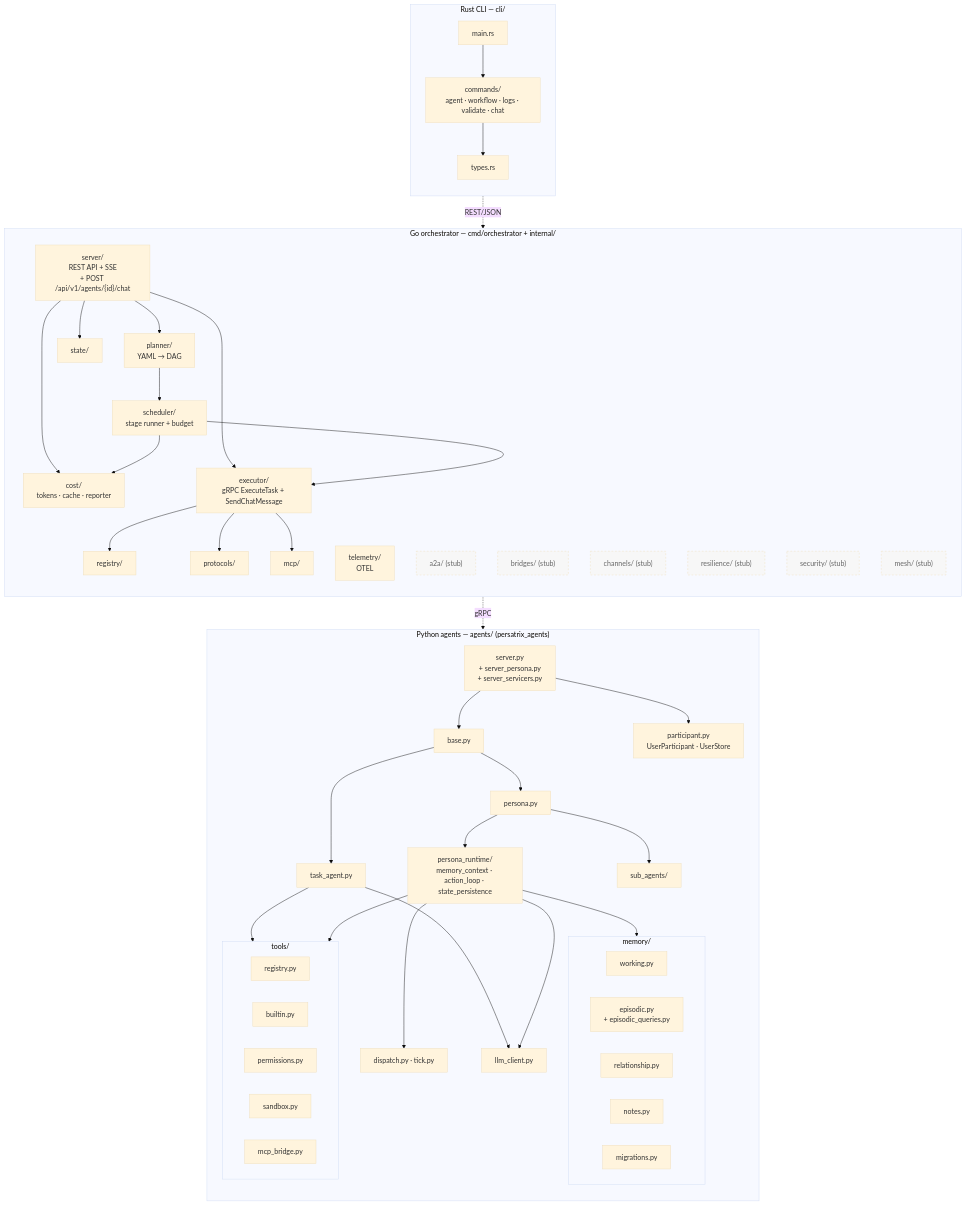
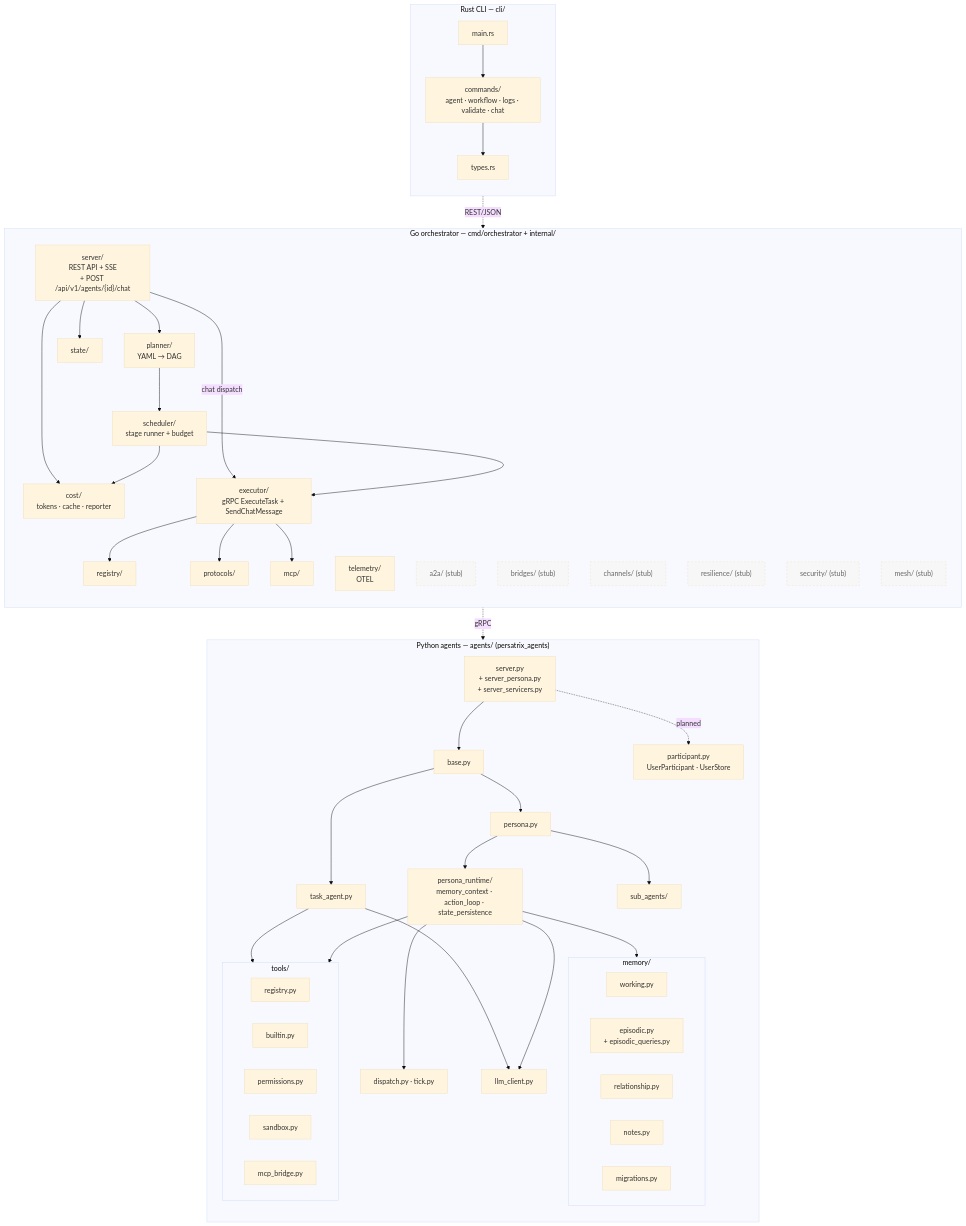
Before and after one commit to mkhomutov/Persatrix: the diagram in docs/diagrams/component-architecture.md, drawn with Mermaid (base theme). The commit also changed other lines of this file and 2 other files, not shown here.

First line of the commit message:
docs(diagrams): align chat wiring notes and planned edges

```diff
--- a/docs/diagrams/component-architecture.md
+++ b/docs/diagrams/component-architecture.md
@@ -38,7 +38,7 @@
         SERVER --> PLANNER
         SERVER --> STATE
         SERVER --> COST
-        SERVER --> EXECUTOR
+        SERVER -->|chat dispatch| EXECUTOR
         PLANNER --> SCHEDULER
         SCHEDULER --> EXECUTOR
         SCHEDULER --> COST
@@ -76,7 +76,7 @@
         end
 
         SRV --> BASE
-        SRV --> PART
+        SRV -. planned .-> PART
         BASE --> TASK
         BASE --> PERSONA
         PERSONA --> PRUNTIME
```
